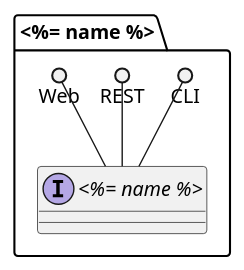
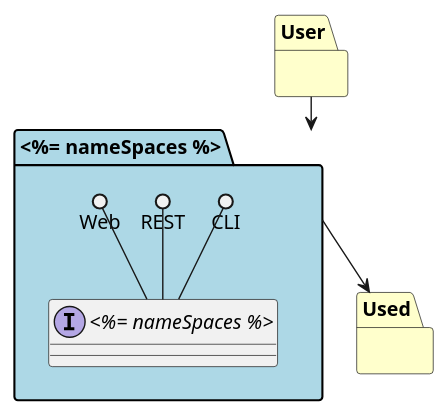
Before and after one commit to madajaju/bouquet: the diagram in bouquet-SubSystem/templates/Logical.puml, drawn with PlantUML. The commit also changed 36 other files, not shown here.

```diff
--- a/bouquet-SubSystem/templates/Logical.puml
+++ b/bouquet-SubSystem/templates/Logical.puml
@@ -1,14 +1,24 @@
 @startuml
 
-package "<%= name %>" {
-    interface "<%= name %>" {
-
-    }
-    CLI ()-- "<%= name %>"
-    REST ()-- "<%= name %>"
-    Web ()-- "<%= name %>"
+package "User" #ffffcc {
 
 }
 
+package "Used" #ffffcc {
+
+}
+
+package "<%= nameSpaces %>" #lightblue {
+
+    interface "<%= nameSpaces %>" {
+    }
+
+    CLI ()-- "<%= nameSpaces %>"
+    REST ()-- "<%= nameSpaces %>"
+    Web ()-- "<%= nameSpaces %>"
+}
+
+User --> "<%= nameSpaces %>"
+"<%= nameSpaces %>" --> Used
 
 @enduml
```
